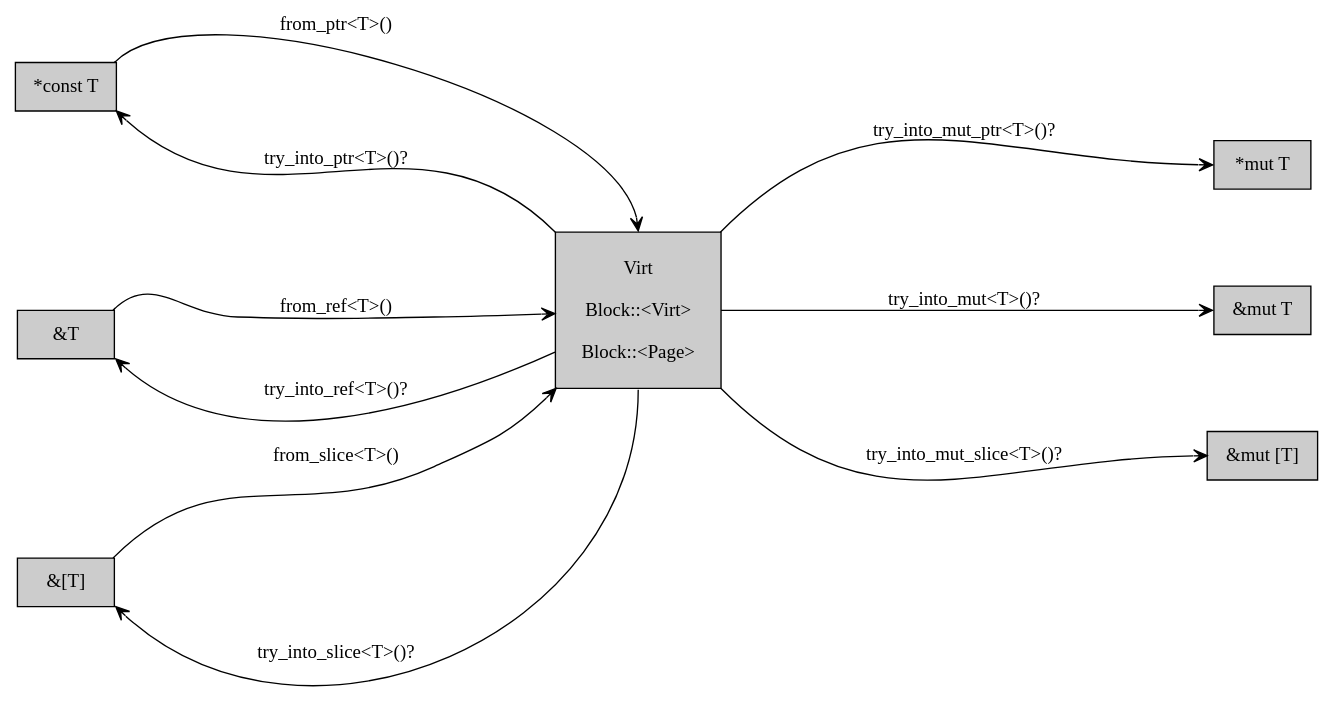
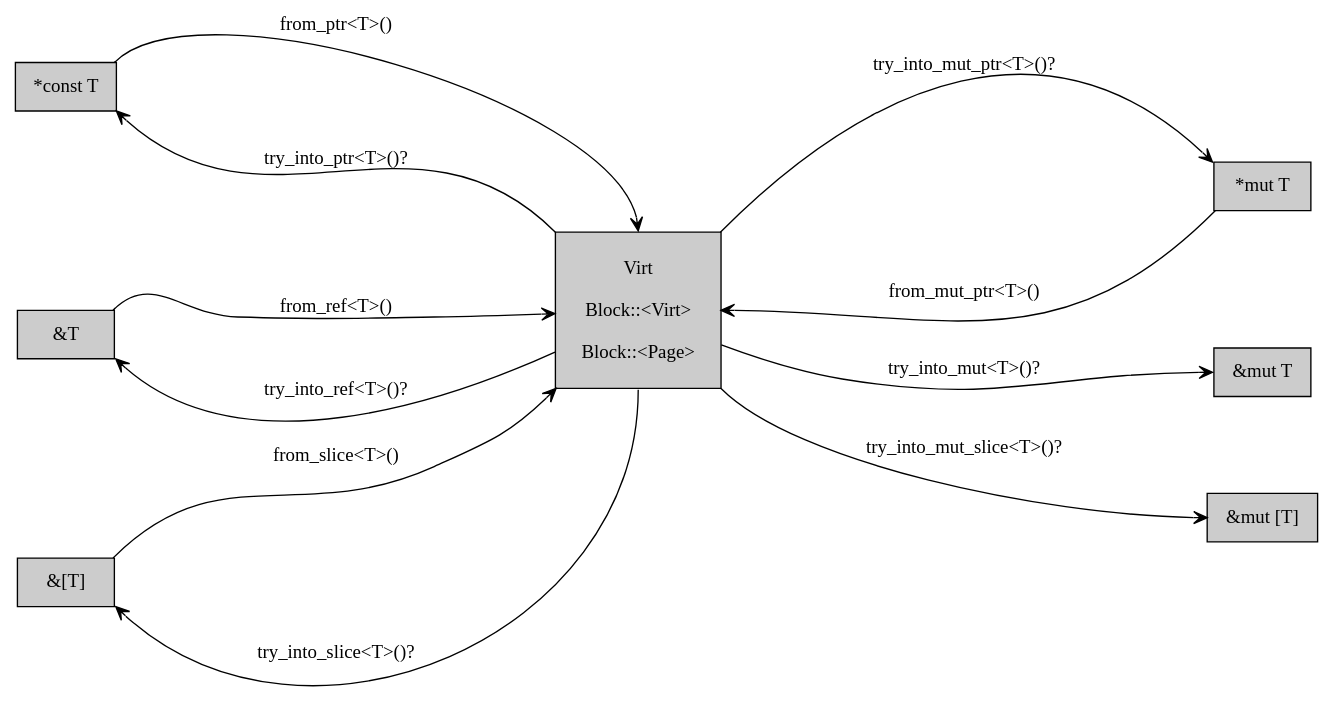
Before and after one commit to AntonGlinisty/nikka-practice: the diagram in lab/src/2-mm-0-intro-3-block-virt.dot, drawn with Graphviz. The commit also changed 19 other files, not shown here.

```diff
--- a/lab/src/2-mm-0-intro-3-block-virt.dot
+++ b/lab/src/2-mm-0-intro-3-block-virt.dot
@@ -1,31 +1,33 @@
 digraph diagram {
     rankdir = LR
     ranksep = 2.5
     nodesep = 1
 
     fontname="Helvetica,Arial,sans-serif"
 
     node [shape = box; width = 1.0; height = 0.5; style = filled; fillcolor = "#CCCCCC"]
     edge [arrowhead = vee]
 
     Virt [label = "\nVirt\n\nBlock::<Virt>\n\nBlock::<Page>\n "]
 
     const_ptr [label = "*const T"]
     const_ref [label = "&T"]
     const_slice [label = "&[T]"]
 
     mut_ptr [label = "*mut T"]
     mut_ref [label = "&mut T"]
     mut_slice [label = "&mut [T]"]
 
     const_ptr:ne -> Virt:n [label = "from_ptr<T>()"]
     const_ref:ne -> Virt [label = "from_ref<T>()"]
     const_slice:ne -> Virt:sw [label = "from_slice<T>()"]
 
+    mut_ptr:sw -> Virt:e [label = "from_mut_ptr<T>()"]
+
     Virt:nw -> const_ptr:se [constraint = false; label = "try_into_ptr<T>()?"]
     Virt -> const_ref:se [constraint = false; label = "try_into_ref<T>()?"]
     Virt:s -> const_slice:se [constraint = false; label = "try_into_slice<T>()?"]
-    Virt:ne -> mut_ptr:w [label = "try_into_mut_ptr<T>()?"]
-    Virt:e -> mut_ref:w [label = "try_into_mut<T>()?"]
+    Virt:ne -> mut_ptr:nw [label = "try_into_mut_ptr<T>()?"]
+    Virt -> mut_ref:w [label = "try_into_mut<T>()?"]
     Virt:se -> mut_slice:w [label = "try_into_mut_slice<T>()?"]
 }
```
